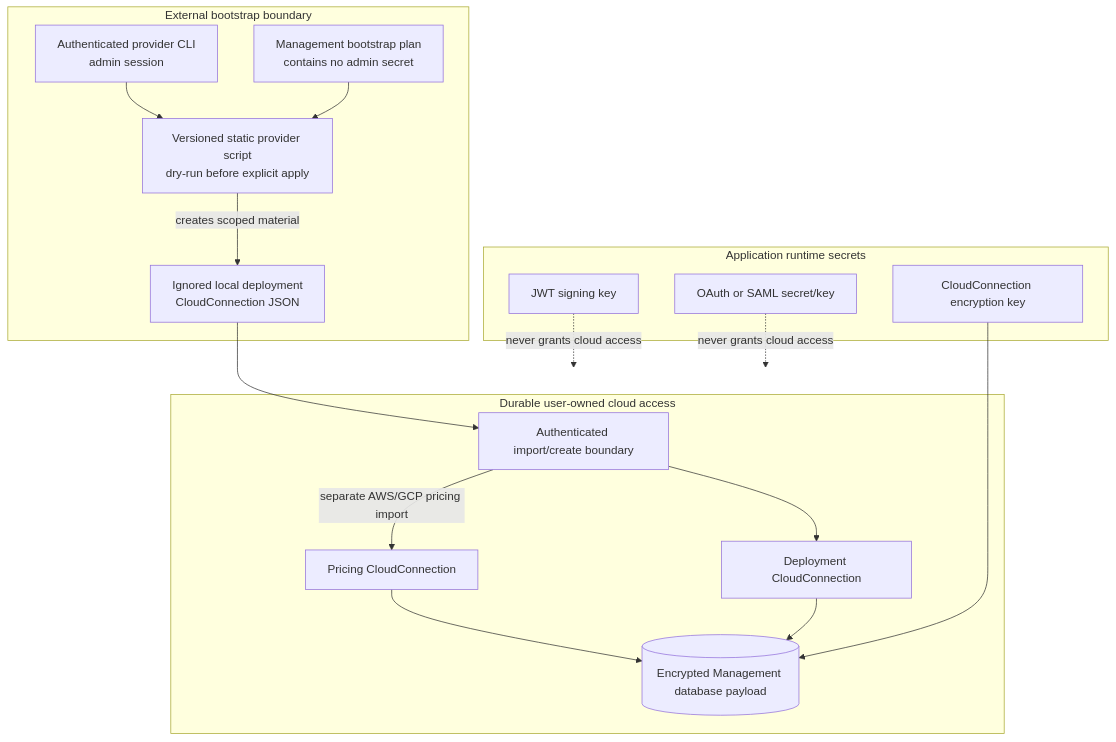
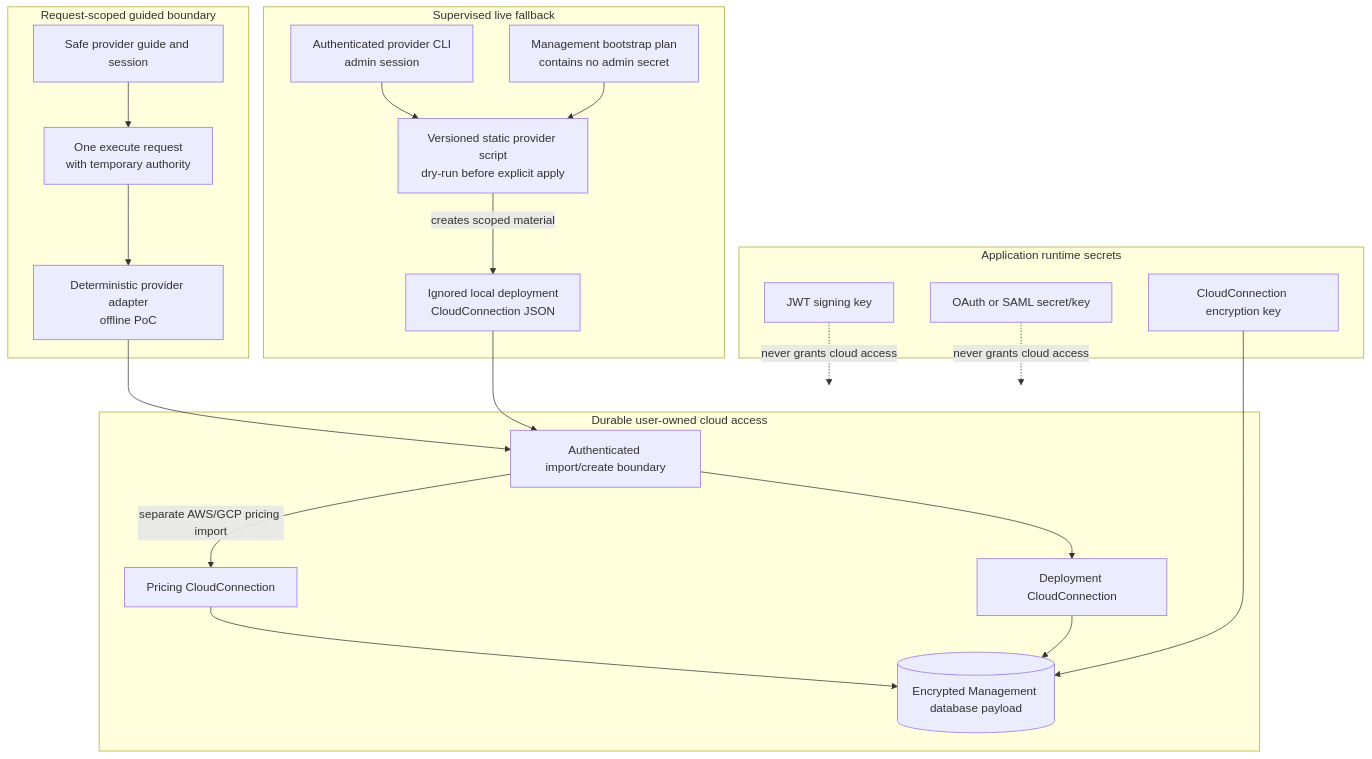
The first of 3 diagrams in docs-site/docs/contracts-and-data-flow/credentials-and-trust.md (TVJunkie724/master-thesis), drawn with Mermaid before and after one commit. The commit also changed other lines of this file and 23 other files, not shown here.

Commit message:
[AI-0803-BOOT] docs(phase-8): close guided bootstrap handoff (#154)

````diff
--- a/docs-site/docs/contracts-and-data-flow/credentials-and-trust.md
+++ b/docs-site/docs/contracts-and-data-flow/credentials-and-trust.md
@@ -5,33 +5,40 @@
 ```mermaid
 flowchart TB
     subgraph RuntimeSecrets["Application runtime secrets"]
         JWT["JWT signing key"]
         Encryption["CloudConnection encryption key"]
         IdentitySecret["OAuth or SAML secret/key"]
     end
 
-    subgraph ExternalBootstrap["External bootstrap boundary"]
+    subgraph GuidedBootstrap["Request-scoped guided boundary"]
+        Guide["Safe provider guide and session"]
+        Execute["One execute request<br/>with temporary authority"]
+        Adapter["Deterministic provider adapter<br/>offline PoC"]
+    end
+
+    subgraph ManualFallback["Supervised live fallback"]
         Admin["Authenticated provider CLI<br/>admin session"]
         Plan["Management bootstrap plan<br/>contains no admin secret"]
         Script["Versioned static provider script<br/>dry-run before explicit apply"]
         Generated["Ignored local deployment<br/>CloudConnection JSON"]
     end
 
     subgraph Durable["Durable user-owned cloud access"]
         Import["Authenticated import/create boundary"]
         Pricing["Pricing CloudConnection"]
         Deployment["Deployment CloudConnection"]
         Store[("Encrypted Management database payload")]
     end
 
+    Guide --> Execute --> Adapter --> Import
     Admin --> Script
     Plan --> Script
     Script -->|"creates scoped material"| Generated
     Generated --> Import --> Deployment
     Import -->|"separate AWS/GCP pricing import"| Pricing
     Pricing --> Store
     Deployment --> Store
     Encryption --> Store
     JWT -. "never grants cloud access" .-> Durable
     IdentitySecret -. "never grants cloud access" .-> Durable
 ```
````
